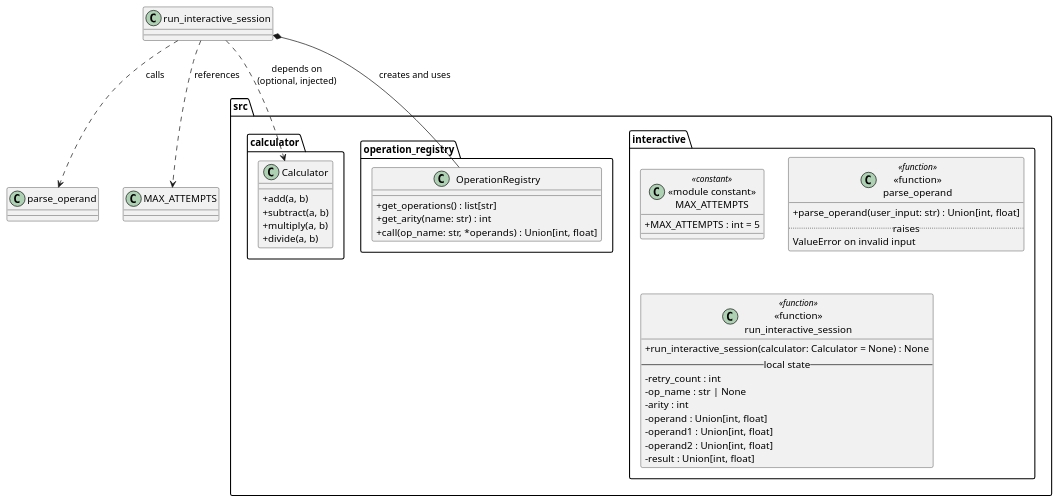
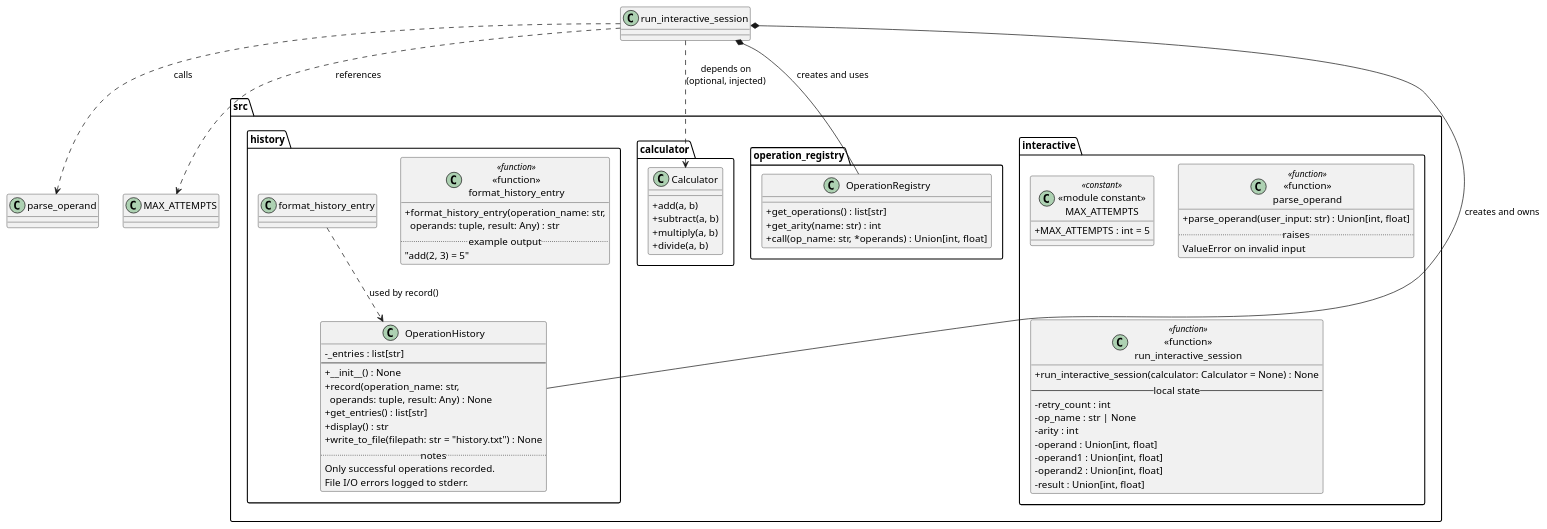
Before and after one commit to DanielRiha8906/Calculator_bachelor_autoevolution_team: the diagram in artifacts/interactive_class.puml, drawn with PlantUML. The commit also changed 3 other files, not shown here.

First line of the commit message:
update diagrams for session history feature (#397)

```diff
--- a/artifacts/interactive_class.puml
+++ b/artifacts/interactive_class.puml
@@ -1,52 +1,76 @@
 @startuml interactive_class
 
 skinparam classAttributeIconSize 0
 skinparam backgroundColor white
 
 package "src.interactive" {
     class "«module constant»\nMAX_ATTEMPTS" <<constant>> {
         + MAX_ATTEMPTS : int = 5
     }
 
     class "«function»\nparse_operand" <<function>> {
         + parse_operand(user_input: str) : Union[int, float]
         .. raises ..
         ValueError on invalid input
     }
 
     class "«function»\nrun_interactive_session" <<function>> {
         + run_interactive_session(calculator: Calculator = None) : None
         -- local state --
         - retry_count : int
         - op_name : str | None
         - arity : int
         - operand : Union[int, float]
         - operand1 : Union[int, float]
         - operand2 : Union[int, float]
         - result : Union[int, float]
     }
 }
 
 package "src.calculator" {
     class Calculator {
         + add(a, b)
         + subtract(a, b)
         + multiply(a, b)
         + divide(a, b)
     }
 }
 
 package "src.operation_registry" {
     class OperationRegistry {
         + get_operations() : list[str]
         + get_arity(name: str) : int
         + call(op_name: str, *operands) : Union[int, float]
     }
 }
 
+package "src.history" {
+    class "«function»\nformat_history_entry" <<function>> {
+        + format_history_entry(operation_name: str,\n  operands: tuple, result: Any) : str
+        .. example output ..
+        "add(2, 3) = 5"
+    }
+
+    class OperationHistory {
+        - _entries : list[str]
+        --
+        + __init__() : None
+        + record(operation_name: str,\n  operands: tuple, result: Any) : None
+        + get_entries() : list[str]
+        + display() : str
+        + write_to_file(filepath: str = "history.txt") : None
+        .. notes ..
+        Only successful operations recorded.
+        File I/O errors logged to stderr.
+    }
+
+    "format_history_entry" ..> OperationHistory : used by record()
+}
+
 "run_interactive_session" ..> Calculator : depends on\n(optional, injected)
 "run_interactive_session" *-- OperationRegistry : creates and uses
+"run_interactive_session" *-- OperationHistory : creates and owns
 "run_interactive_session" ..> "parse_operand" : calls
 "run_interactive_session" ..> "MAX_ATTEMPTS" : references
 
 @enduml
```
